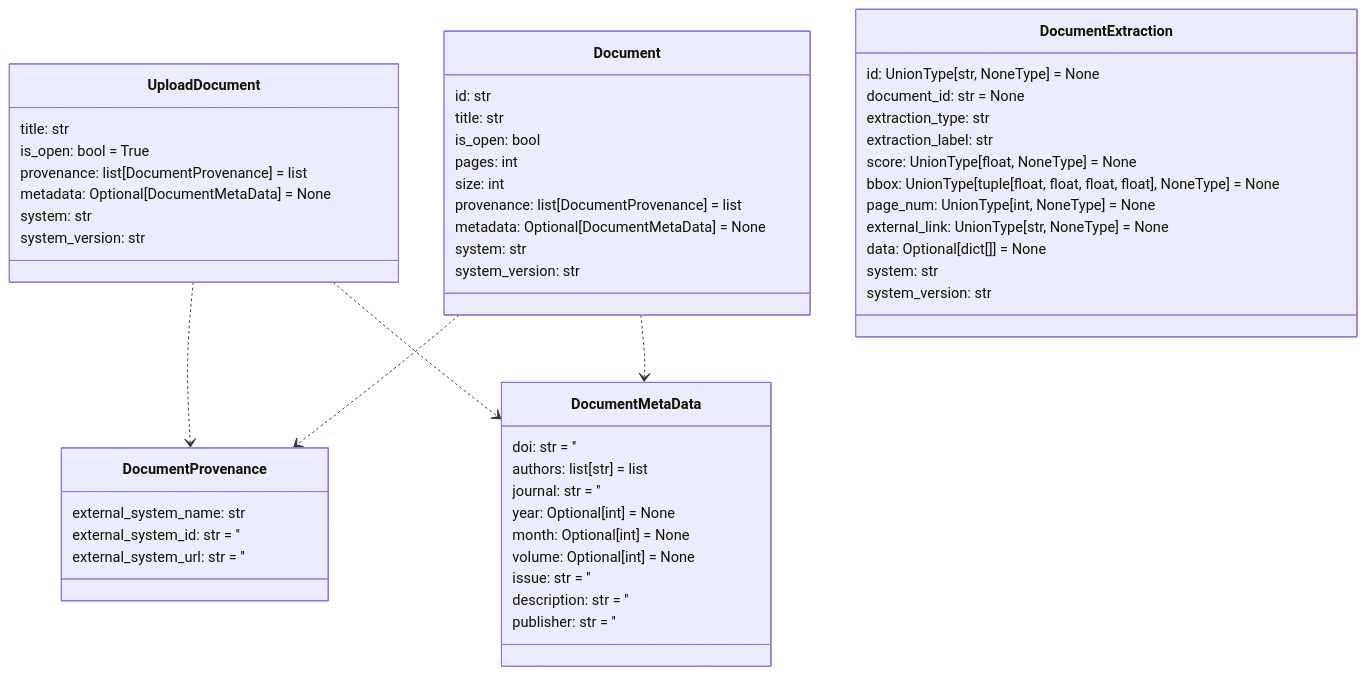
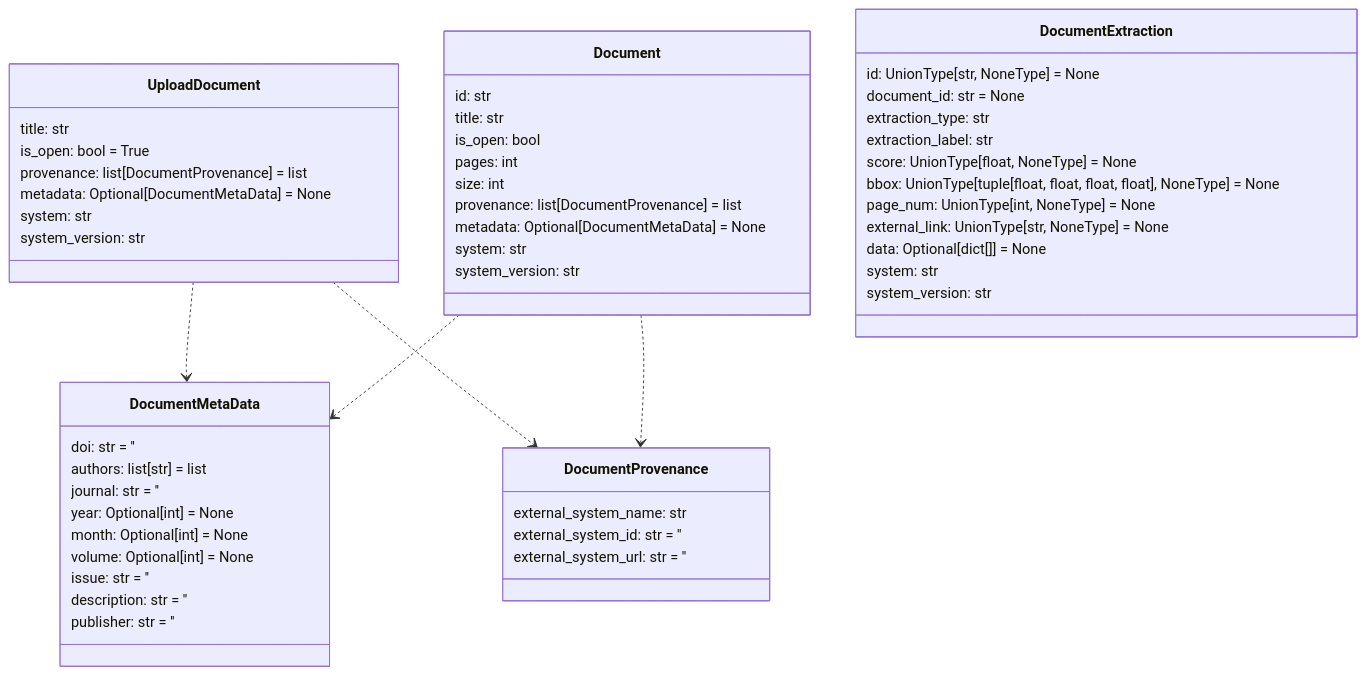
The ninth of 14 diagrams in README.md (DARPA-CRITICALMAAS/cdr_schemas), drawn with Mermaid before and after one commit. The commit also changed other lines of this file and 1 other file, not shown here.

````diff
--- a/README.md
+++ b/README.md
@@ -694,63 +694,63 @@
 ```mermaid
 classDiagram
-
-    class DocumentProvenance {
-        external_system_name: str
-        external_system_id: str = ''
-        external_system_url: str = ''
-    }
-
-    class DocumentMetaData {
-        doi: str = ''
-        authors: list[str] = list
-        journal: str = ''
-        year: Optional[int] = None
-        month: Optional[int] = None
-        volume: Optional[int] = None
-        issue: str = ''
-        description: str = ''
-        publisher: str = ''
-    }
 
     class Document {
         id: str
         title: str
         is_open: bool
         pages: int
         size: int
         provenance: list[DocumentProvenance] = list
         metadata: Optional[DocumentMetaData] = None
         system: str
         system_version: str
     }
 
+    class DocumentProvenance {
+        external_system_name: str
+        external_system_id: str = ''
+        external_system_url: str = ''
+    }
+
     class UploadDocument {
         title: str
         is_open: bool = True
         provenance: list[DocumentProvenance] = list
         metadata: Optional[DocumentMetaData] = None
         system: str
         system_version: str
+    }
+
+    class DocumentMetaData {
+        doi: str = ''
+        authors: list[str] = list
+        journal: str = ''
+        year: Optional[int] = None
+        month: Optional[int] = None
+        volume: Optional[int] = None
+        issue: str = ''
+        description: str = ''
+        publisher: str = ''
     }
 
     class DocumentExtraction {
         id: UnionType[str, NoneType] = None
         document_id: str = None
         extraction_type: str
         extraction_label: str
         score: UnionType[float, NoneType] = None
         bbox: UnionType[tuple[float, float, float, float], NoneType] = None
         page_num: UnionType[int, NoneType] = None
         external_link: UnionType[str, NoneType] = None
         data: Optional[dict[]] = None
         system: str
         system_version: str
     }
 
+    UploadDocument ..> DocumentMetaData
     UploadDocument ..> DocumentProvenance
-    UploadDocument ..> DocumentMetaData
+    Document ..> DocumentMetaData
     Document ..> DocumentProvenance
-    Document ..> DocumentMetaData
 
 
 ```
````
